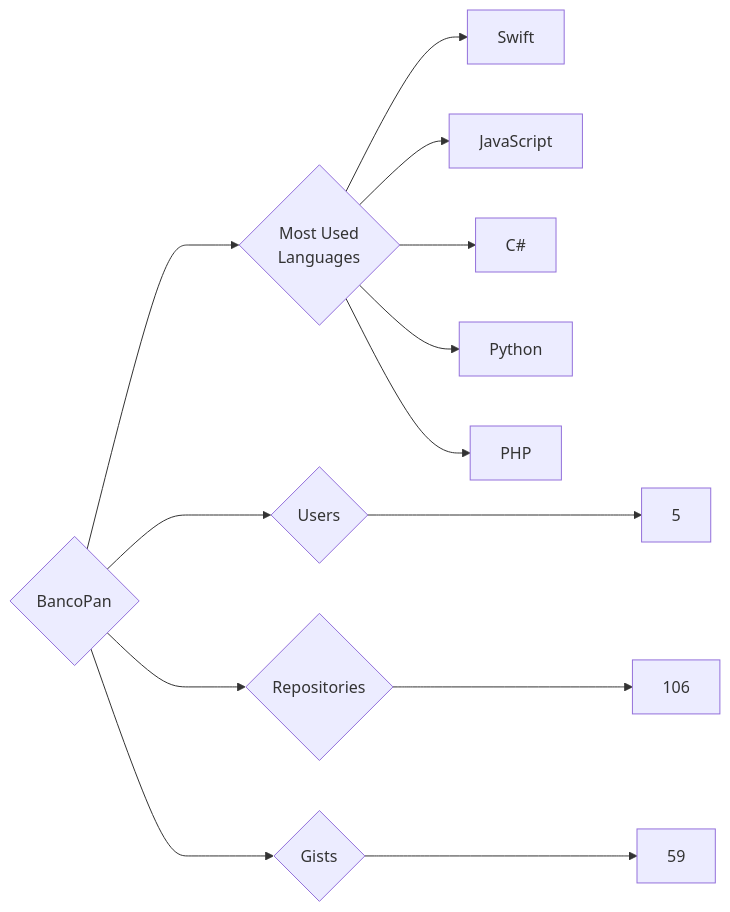
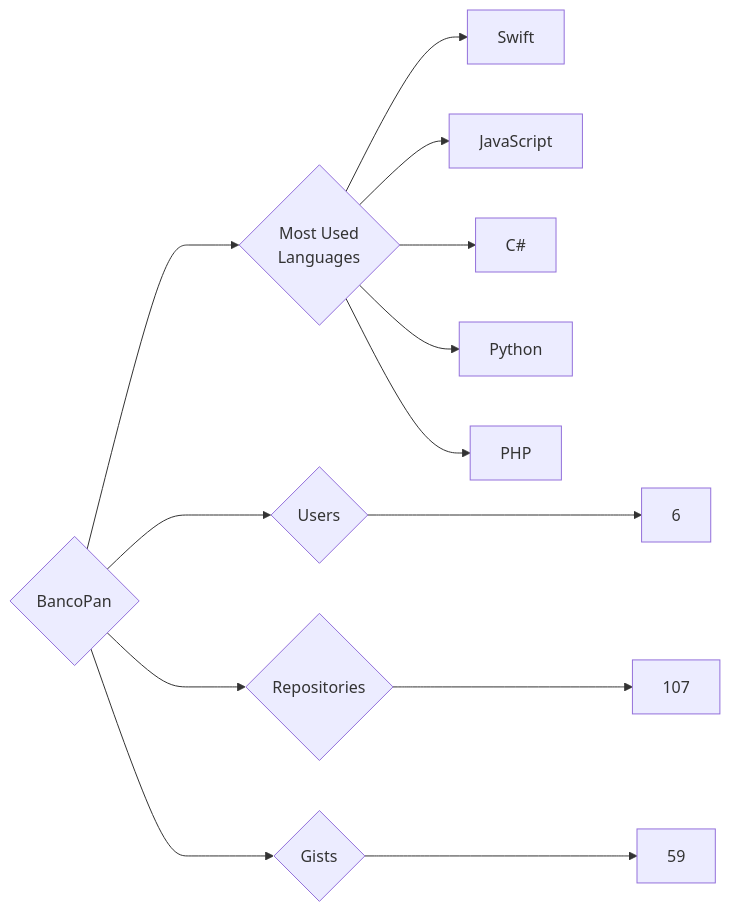
One commit to trickest/insiders changed the diagram in targets/BancoPan/README.md. Above: the diagram before and after it, drawn with Mermaid. The commit also changed 873 other files, not shown here.

````diff
--- a/targets/BancoPan/README.md
+++ b/targets/BancoPan/README.md
@@ -3,13 +3,13 @@
 ```mermaid
 graph LR
 COMPANY_NAME{BancoPan}
-COMPANY_NAME ---> U{Users} ---> UN[5]
-COMPANY_NAME ---> R{Repositories} ---> RN[106]
+COMPANY_NAME ---> U{Users} ---> UN[6]
+COMPANY_NAME ---> R{Repositories} ---> RN[107]
 COMPANY_NAME ---> G{Gists} ---> GN[59]
 COMPANY_NAME ---> ML{Most Used<br>Languages}
 ML --> Swift[Swift]
 ML --> JavaScript[JavaScript]
 ML --> C#[C#]
 ML --> Python[Python]
 ML --> PHP[PHP]
 ```
````
